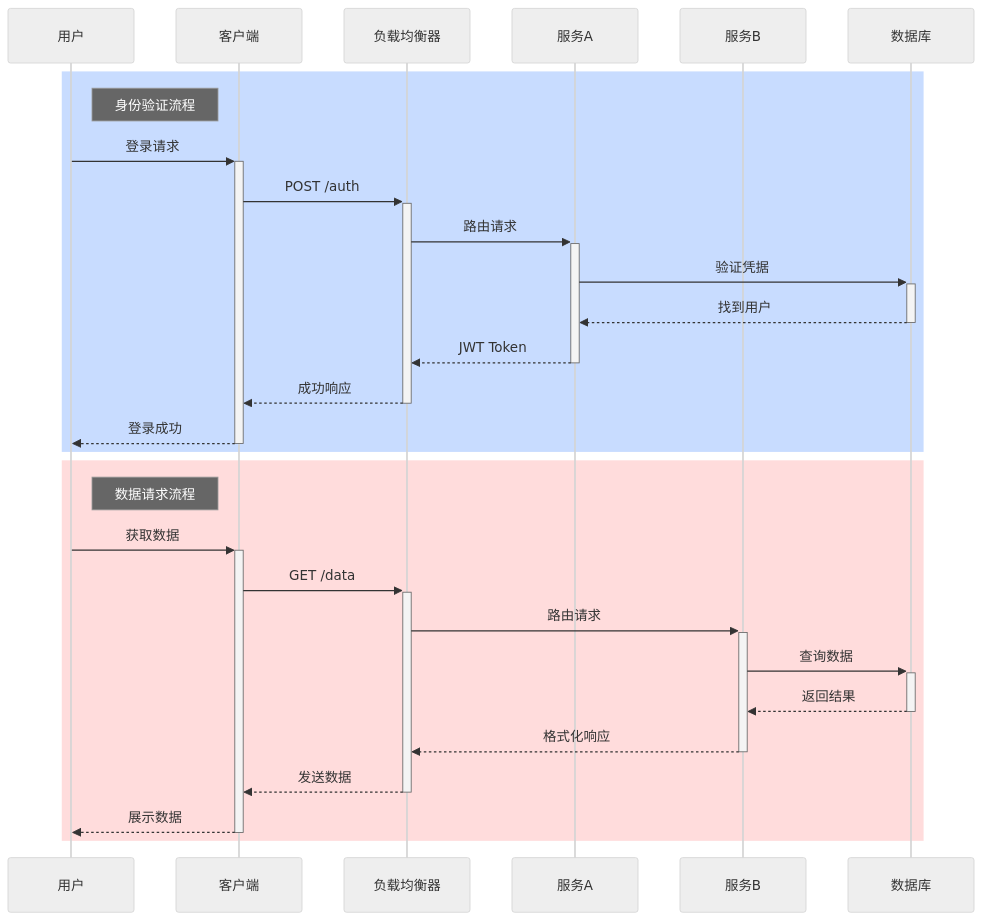
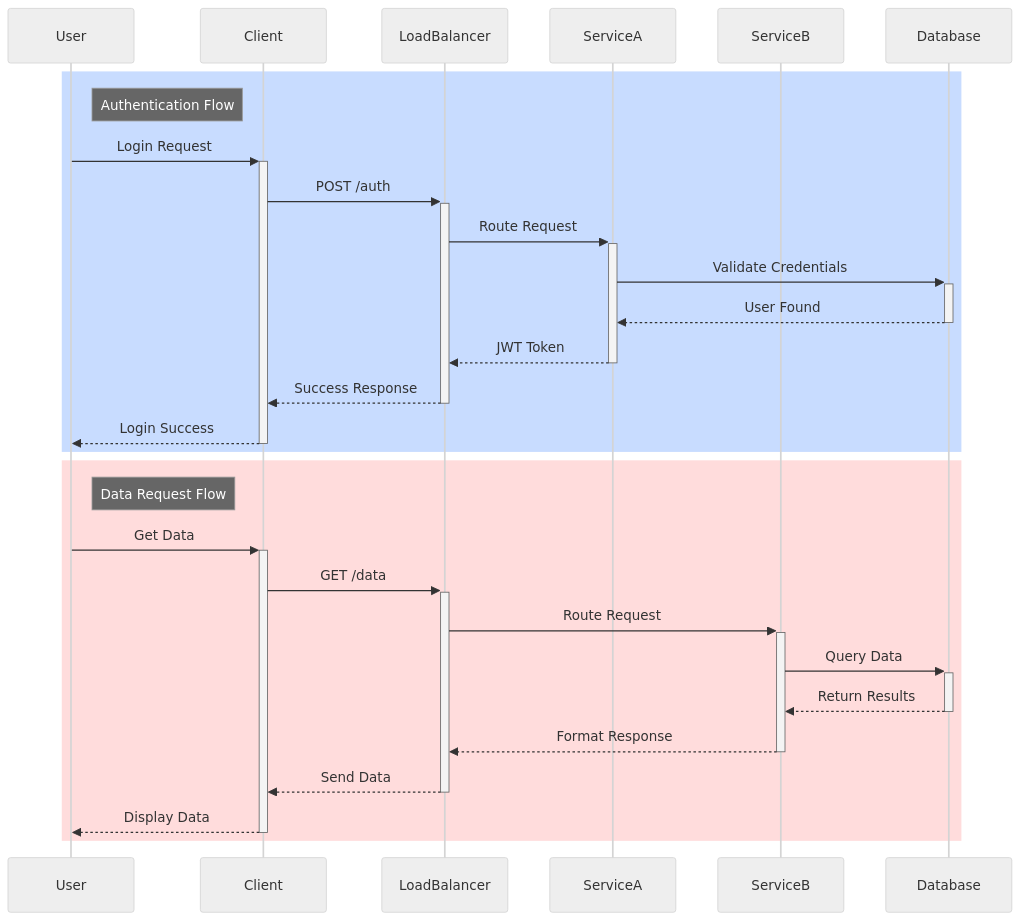
Before and after one commit to sametcn99/vitepress-mermaid-renderer: the second of 30 diagrams in docs/content/zh/examples/advanced.md, drawn with Mermaid (neutral theme). The commit also changed other lines of this file and 19 other files, not shown here.

````diff
--- a/docs/content/zh/examples/advanced.md
+++ b/docs/content/zh/examples/advanced.md
@@ -32,33 +33,33 @@
 ```mermaid
 sequenceDiagram
-    participant User as 用户
-    participant Client as 客户端
-    participant LoadBalancer as 负载均衡器
-    participant ServiceA as 服务A
-    participant ServiceB as 服务B
-    participant Database as 数据库
+    participant User
+    participant Client
+    participant LoadBalancer
+    participant ServiceA
+    participant ServiceB
+    participant Database
 
     rect rgb(200, 220, 255)
-    note right of User: 身份验证流程
-    User->>+Client: 登录请求
+    note right of User: Authentication Flow
+    User->>+Client: Login Request
     Client->>+LoadBalancer: POST /auth
-    LoadBalancer->>+ServiceA: 路由请求
-    ServiceA->>+Database: 验证凭据
-    Database-->>-ServiceA: 找到用户
+    LoadBalancer->>+ServiceA: Route Request
+    ServiceA->>+Database: Validate Credentials
+    Database-->>-ServiceA: User Found
     ServiceA-->>-LoadBalancer: JWT Token
-    LoadBalancer-->>-Client: 成功响应
-    Client-->>-User: 登录成功
+    LoadBalancer-->>-Client: Success Response
+    Client-->>-User: Login Success
     end
 
     rect rgb(255, 220, 220)
-    note right of User: 数据请求流程
-    User->>+Client: 获取数据
+    note right of User: Data Request Flow
+    User->>+Client: Get Data
     Client->>+LoadBalancer: GET /data
-    LoadBalancer->>+ServiceB: 路由请求
-    ServiceB->>+Database: 查询数据
-    Database-->>-ServiceB: 返回结果
-    ServiceB-->>-LoadBalancer: 格式化响应
-    LoadBalancer-->>-Client: 发送数据
-    Client-->>-User: 展示数据
+    LoadBalancer->>+ServiceB: Route Request
+    ServiceB->>+Database: Query Data
+    Database-->>-ServiceB: Return Results
+    ServiceB-->>-LoadBalancer: Format Response
+    LoadBalancer-->>-Client: Send Data
+    Client-->>-User: Display Data
     end
 ```
````
